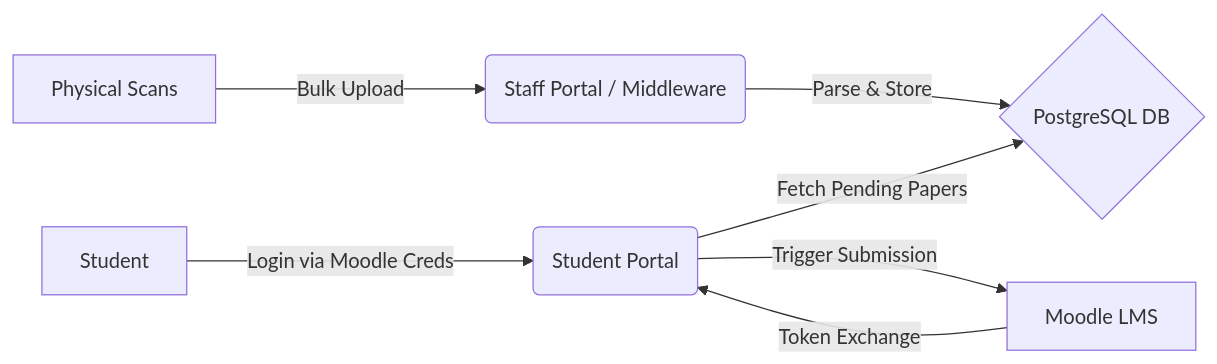
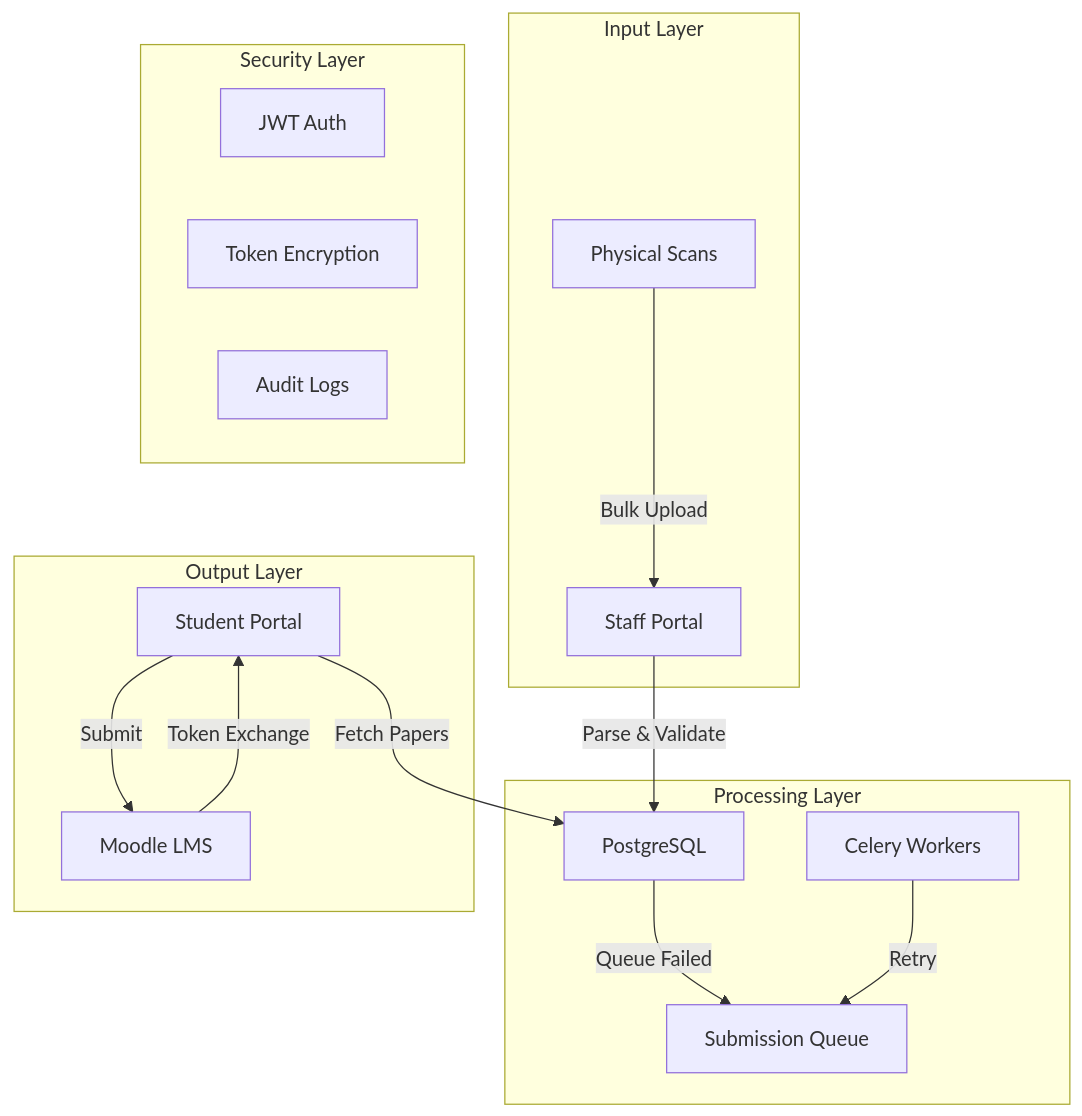
Before and after one commit to d-kavinraja/Smart-answer-sheet-processor-for-LMS: the first of 3 diagrams in readme.md, drawn with Mermaid. The commit also changed other lines of this file, not shown here.

````diff
--- a/readme.md
+++ b/readme.md
@@ -67,9 +154,24 @@
 ```mermaid
-graph LR
-    A[Physical Scans] -->|Bulk Upload| B(Staff Portal / Middleware)
-    B -->|Parse & Store| C{PostgreSQL DB}
-    D[Student] -->|Login via Moodle Creds| E(Student Portal)
-    E -->|Fetch Pending Papers| C
-    E -->|Trigger Submission| F[Moodle LMS]
-    F -->|Token Exchange| E
+graph TB
+    subgraph "Input Layer"
+        A[Physical Scans] -->|Bulk Upload| B[Staff Portal]
+    end
+    
+    subgraph "Processing Layer"
+        B -->|Parse & Validate| C[PostgreSQL]
+        C -->|Queue Failed| D[Submission Queue]
+        E[Celery Workers] -->|Retry| D
+    end
+    
+    subgraph "Output Layer"
+        F[Student Portal] -->|Fetch Papers| C
+        F -->|Submit| G[Moodle LMS]
+        G -->|Token Exchange| F
+    end
+    
+    subgraph "Security Layer"
+        H[JWT Auth]
+        I[Token Encryption]
+        J[Audit Logs]
+    end
 ```
````
